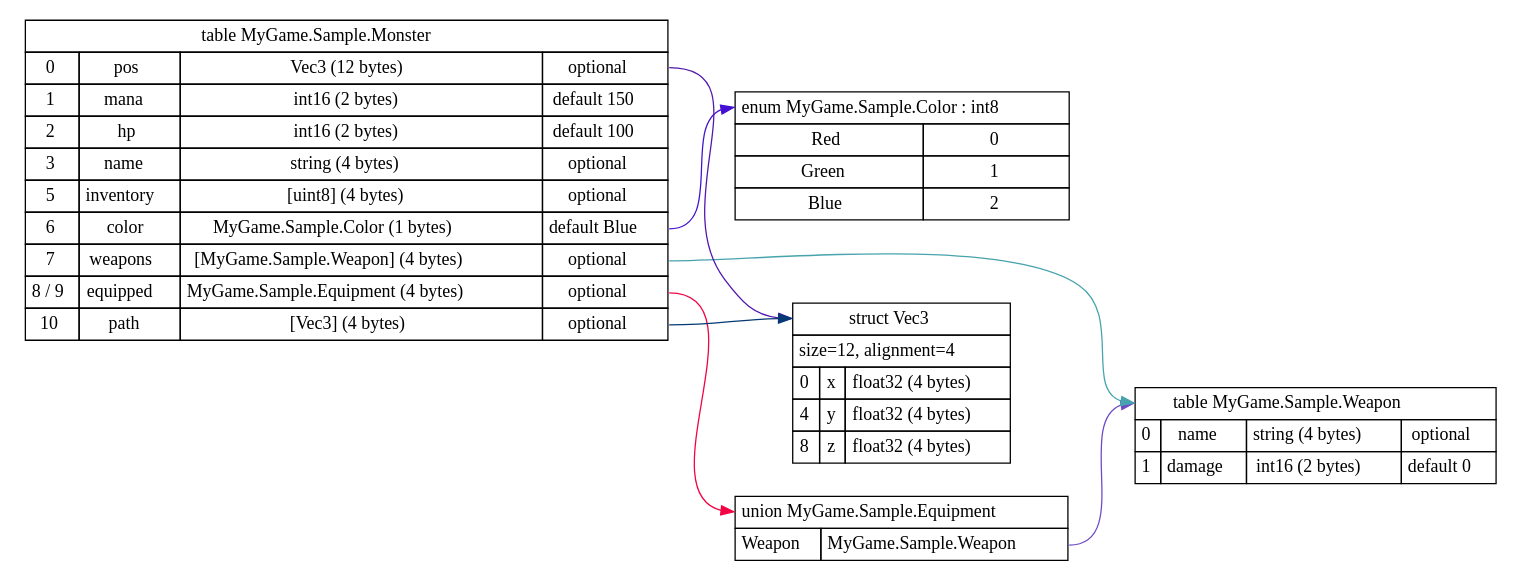
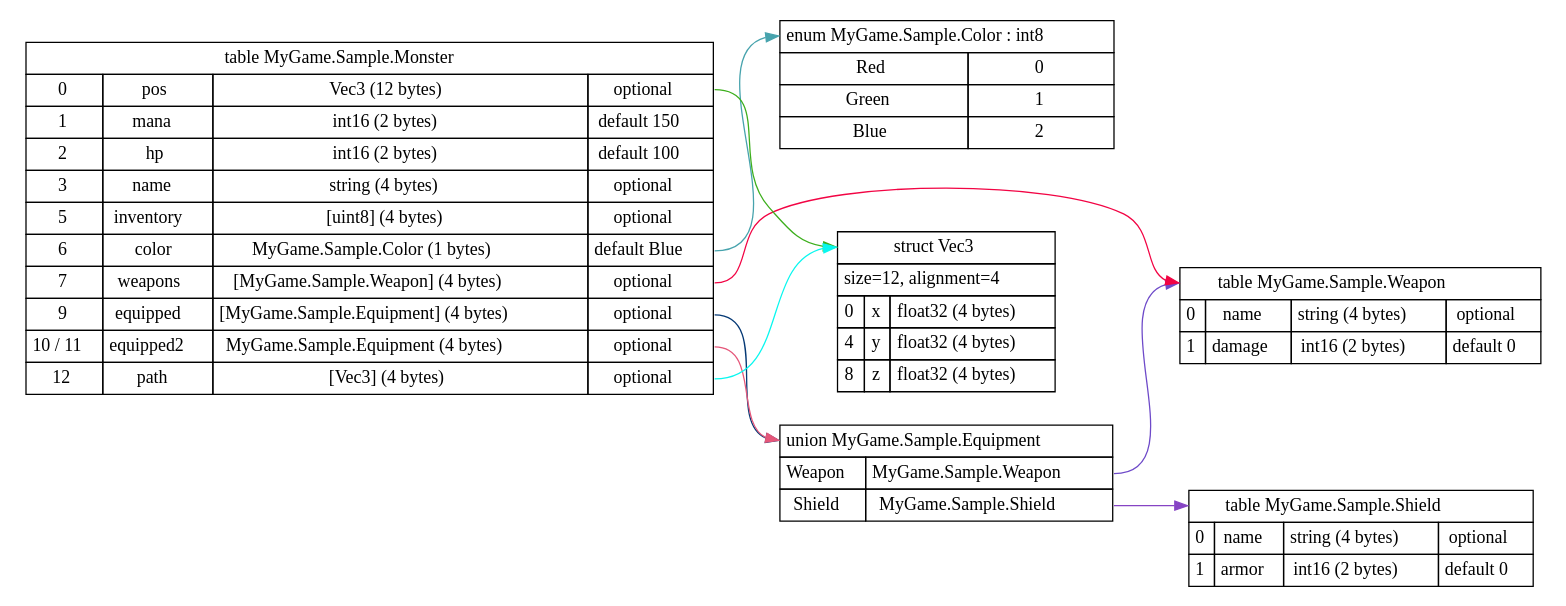
The diagram in examples/rust/monster.dot (planus-org/planus), drawn with Graphviz before and after one commit. The commit also changed 8 other files, not shown here.

```diff
--- a/examples/rust/monster.dot
+++ b/examples/rust/monster.dot
@@ -1,149 +1,180 @@
 digraph G
 {
   node[ shape = none ];
   rankdir=LR;
 
   decl0[ label=<
     <TABLE BORDER="0" CELLBORDER="1" CELLSPACING="0" CELLPADDING="4">
       <TR>
         <TD colspan="2" PORT="name">enum MyGame.Sample.Color : int8</TD>
       </TR>
       <TR>
         <TD>Red</TD>
         <TD>0</TD>
       </TR>
       <TR>
         <TD>Green</TD>
         <TD>1</TD>
       </TR>
       <TR>
         <TD>Blue</TD>
         <TD>2</TD>
       </TR>
     </TABLE>>
   ];
 
   decl1[ label=<
     <TABLE BORDER="0" CELLBORDER="1" CELLSPACING="0" CELLPADDING="4">
       <TR>
         <TD colspan="3" PORT="name">union MyGame.Sample.Equipment</TD>
       </TR>
       <TR>
         <TD>Weapon</TD>
         <TD PORT="p0">MyGame.Sample.Weapon</TD>
       </TR>
+      <TR>
+        <TD>Shield</TD>
+        <TD PORT="p1">MyGame.Sample.Shield</TD>
+      </TR>
     </TABLE>>
   ];
   decl1:p0:e -> decl4:name [color = "#6e4ac9"];
+  decl1:p1:e -> decl5:name [color = "#8644c4"];
 
   decl2[ label=<
     <TABLE BORDER="0" CELLBORDER="1" CELLSPACING="0" CELLPADDING="4">
       <TR>
         <TD colspan="3" PORT="name">struct Vec3</TD>
       </TR>
       <TR>
         <TD colspan="3">size=12, alignment=4</TD>
       </TR>
       <TR>
         <TD>0</TD>
         <TD>x</TD>
         <TD PORT="p0">float32 (4 bytes)</TD>
       </TR>
       <TR>
         <TD>4</TD>
         <TD>y</TD>
         <TD PORT="p1">float32 (4 bytes)</TD>
       </TR>
       <TR>
         <TD>8</TD>
         <TD>z</TD>
         <TD PORT="p2">float32 (4 bytes)</TD>
       </TR>
     </TABLE>>
   ];
 
   decl3[ label=<
     <TABLE BORDER="0" CELLBORDER="1" CELLSPACING="0" CELLPADDING="4">
       <TR>
         <TD colspan="4" PORT="name">table MyGame.Sample.Monster</TD>
       </TR>
       <TR>
         <TD>0</TD>
         <TD>pos</TD>
         <TD>Vec3 (12 bytes)</TD>
         <TD PORT="p0">optional</TD>
       </TR>
       <TR>
         <TD>1</TD>
         <TD>mana</TD>
         <TD>int16 (2 bytes)</TD>
         <TD PORT="p1">default 150</TD>
       </TR>
       <TR>
         <TD>2</TD>
         <TD>hp</TD>
         <TD>int16 (2 bytes)</TD>
         <TD PORT="p2">default 100</TD>
       </TR>
       <TR>
         <TD>3</TD>
         <TD>name</TD>
         <TD>string (4 bytes)</TD>
         <TD PORT="p3">optional</TD>
       </TR>
       <TR>
         <TD>5</TD>
         <TD>inventory</TD>
         <TD>[uint8] (4 bytes)</TD>
         <TD PORT="p4">optional</TD>
       </TR>
       <TR>
         <TD>6</TD>
         <TD>color</TD>
         <TD>MyGame.Sample.Color (1 bytes)</TD>
         <TD PORT="p5">default Blue</TD>
       </TR>
       <TR>
         <TD>7</TD>
         <TD>weapons</TD>
         <TD>[MyGame.Sample.Weapon] (4 bytes)</TD>
         <TD PORT="p6">optional</TD>
       </TR>
       <TR>
-        <TD>8 / 9</TD>
+        <TD>9</TD>
         <TD>equipped</TD>
-        <TD>MyGame.Sample.Equipment (4 bytes)</TD>
+        <TD>[MyGame.Sample.Equipment] (4 bytes)</TD>
         <TD PORT="p7">optional</TD>
       </TR>
       <TR>
-        <TD>10</TD>
+        <TD>10 / 11</TD>
+        <TD>equipped2</TD>
+        <TD>MyGame.Sample.Equipment (4 bytes)</TD>
+        <TD PORT="p8">optional</TD>
+      </TR>
+      <TR>
+        <TD>12</TD>
         <TD>path</TD>
         <TD>[Vec3] (4 bytes)</TD>
-        <TD PORT="p8">optional</TD>
+        <TD PORT="p9">optional</TD>
       </TR></TABLE>>
   ];
-  decl3:p0:e -> decl2:name [color = "#5216ad"];
-  decl3:p5:e -> decl0:name [color = "#4410d3"];
-  decl3:p6:e -> decl4:name [color = "#47a3ad"];
-  decl3:p7:e -> decl1:name [color = "#f20444"];
-  decl3:p8:e -> decl2:name [color = "#053975"];
+  decl3:p0:e -> decl2:name [color = "#3daf1d"];
+  decl3:p5:e -> decl0:name [color = "#47a3ad"];
+  decl3:p6:e -> decl4:name [color = "#f20444"];
+  decl3:p7:e -> decl1:name [color = "#053975"];
+  decl3:p8:e -> decl1:name [color = "#e5577a"];
+  decl3:p9:e -> decl2:name [color = "#09f7ef"];
 
   decl4[ label=<
     <TABLE BORDER="0" CELLBORDER="1" CELLSPACING="0" CELLPADDING="4">
       <TR>
         <TD colspan="4" PORT="name">table MyGame.Sample.Weapon</TD>
       </TR>
       <TR>
         <TD>0</TD>
         <TD>name</TD>
         <TD>string (4 bytes)</TD>
         <TD PORT="p0">optional</TD>
       </TR>
       <TR>
         <TD>1</TD>
         <TD>damage</TD>
         <TD>int16 (2 bytes)</TD>
         <TD PORT="p1">default 0</TD>
       </TR></TABLE>>
   ];
+
+  decl5[ label=<
+    <TABLE BORDER="0" CELLBORDER="1" CELLSPACING="0" CELLPADDING="4">
+      <TR>
+        <TD colspan="4" PORT="name">table MyGame.Sample.Shield</TD>
+      </TR>
+      <TR>
+        <TD>0</TD>
+        <TD>name</TD>
+        <TD>string (4 bytes)</TD>
+        <TD PORT="p0">optional</TD>
+      </TR>
+      <TR>
+        <TD>1</TD>
+        <TD>armor</TD>
+        <TD>int16 (2 bytes)</TD>
+        <TD PORT="p1">default 0</TD>
+      </TR></TABLE>>
+  ];
 }
```
